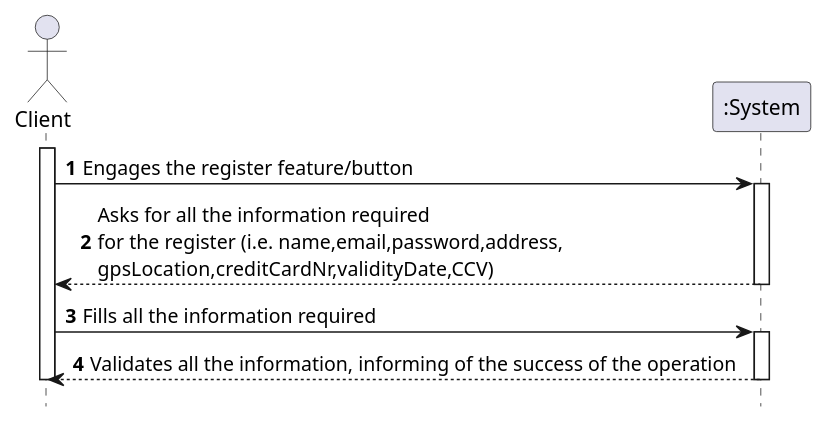
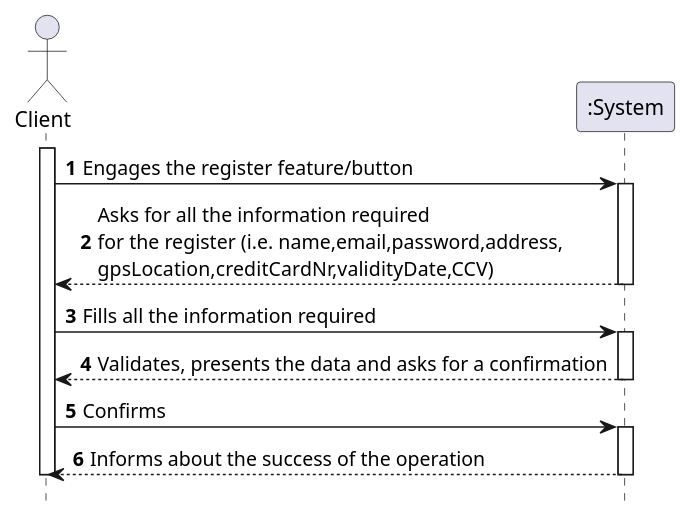
One commit to tiagoavcosta25/LAPR3 changed the diagram in docs/Iteration 1/User Management/US18_RegisterClient/US18_SSD.puml. Above: the diagram before and after it, drawn with PlantUML. The commit also changed 25 other files, not shown here.

```diff
--- a/docs/Iteration 1/User Management/US18_RegisterClient/US18_SSD.puml
+++ b/docs/Iteration 1/User Management/US18_RegisterClient/US18_SSD.puml
@@ -1,23 +1,28 @@
 @startuml
 autonumber
 hide footbox
 
 actor "Client" as U
 
 participant ":System" as SYST
 
 activate U
 
 U -> SYST : Engages the register feature/button
 activate SYST
 SYST --> U : Asks for all the information required \nfor the register (i.e. name,email,password,address,\ngpsLocation,creditCardNr,validityDate,CCV)
 deactivate SYST
 
 U -> SYST : Fills all the information required
 activate SYST
-SYST --> U : Validates all the information, informing of the success of the operation
+SYST --> U : Validates, presents the data and asks for a confirmation
+deactivate SYST
+
+U -> SYST : Confirms
+activate SYST
+SYST --> U : Informs about the success of the operation
 deactivate SYST
 
 deactivate U
 
 @enduml
```
